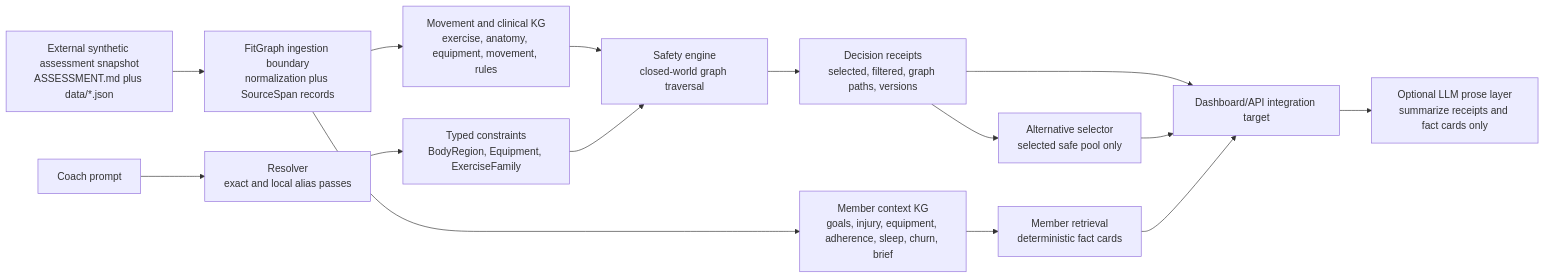
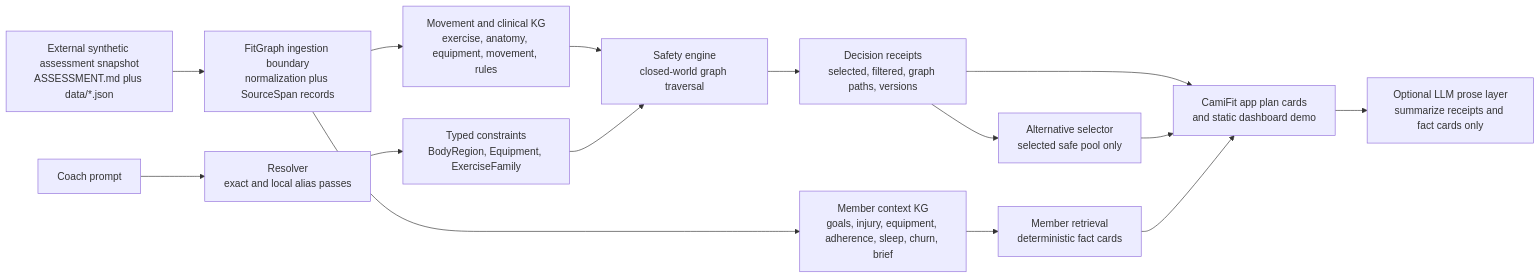
The diagram in kg-canonical/README.md (jakekinchen/momentum), drawn with Mermaid before and after one commit. The commit also changed other lines of this file and 253 other files, not shown here.

````diff
--- a/kg-canonical/README.md
+++ b/kg-canonical/README.md
@@ -19,17 +19,17 @@
 ```mermaid
 flowchart LR
     A["External synthetic assessment snapshot<br/>ASSESSMENT.md plus data/*.json"] --> B["FitGraph ingestion boundary<br/>normalization plus SourceSpan records"]
     B --> C["Movement and clinical KG<br/>exercise, anatomy, equipment, movement, rules"]
     B --> D["Member context KG<br/>goals, injury, equipment, adherence, sleep, churn, brief"]
     E["Coach prompt"] --> F["Resolver<br/>exact and local alias passes"]
     F --> G["Typed constraints<br/>BodyRegion, Equipment, ExerciseFamily"]
     C --> H["Safety engine<br/>closed-world graph traversal"]
     G --> H
     H --> I["Decision receipts<br/>selected, filtered, graph paths, versions"]
     I --> J["Alternative selector<br/>selected safe pool only"]
     D --> K["Member retrieval<br/>deterministic fact cards"]
-    I --> L["Dashboard/API integration target"]
+    I --> L["CamiFit app plan cards<br/>and static dashboard demo"]
     J --> L
     K --> L
     L --> M["Optional LLM prose layer<br/>summarize receipts and fact cards only"]
 ```
````
